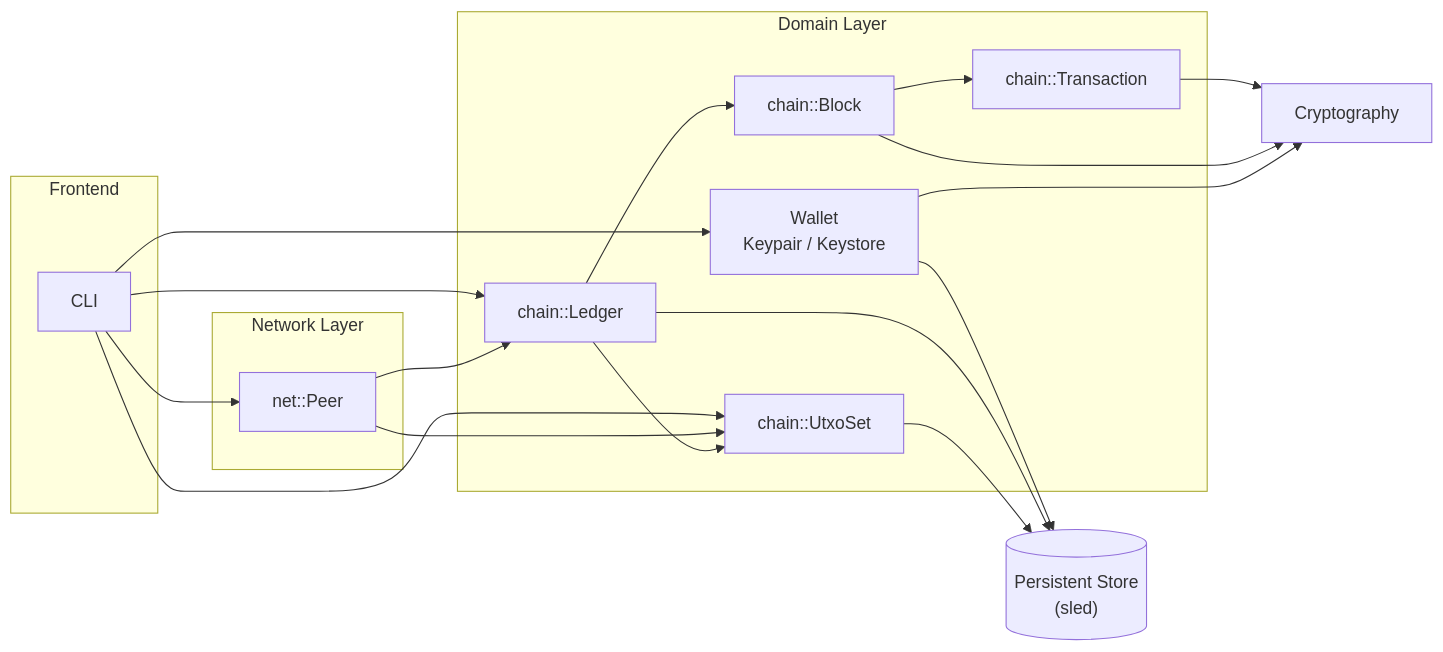
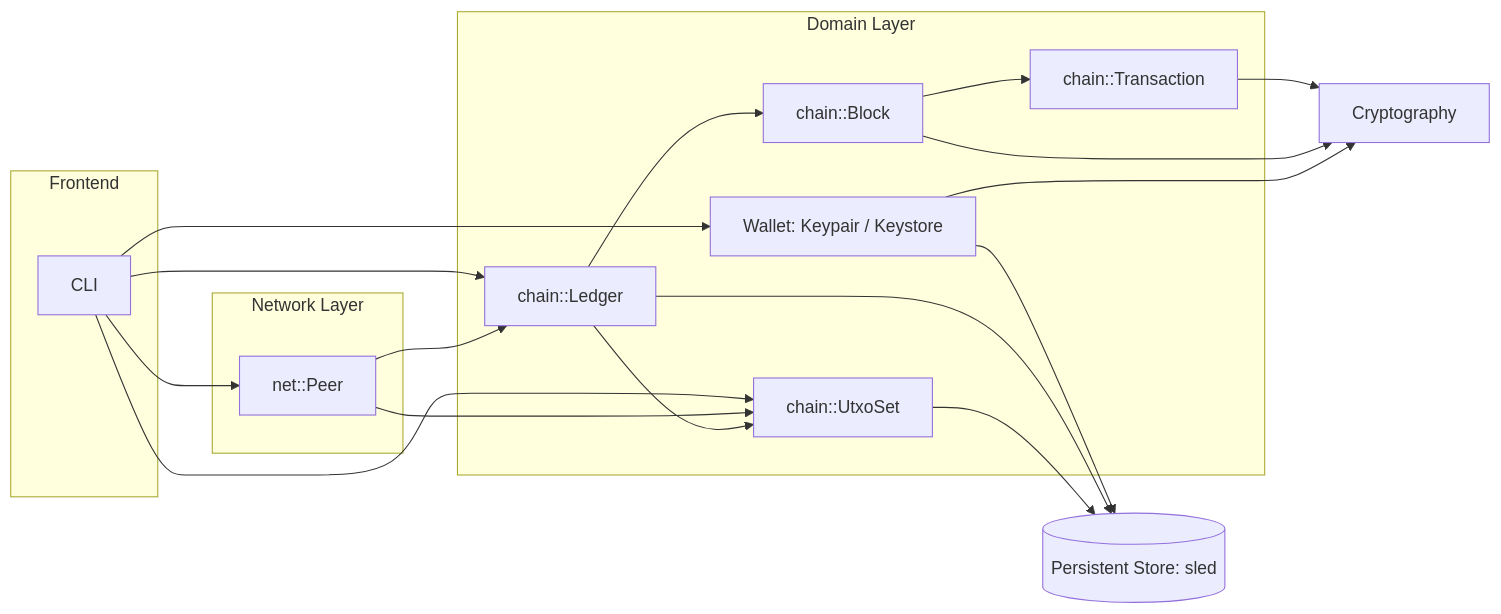
The first of 9 diagrams in README.md (walidwh21/MiniChain), drawn with Mermaid before and after one commit. The commit also changed other lines of this file, not shown here.

````diff
--- a/README.md
+++ b/README.md
@@ -25,41 +25,43 @@
 ```mermaid
+
 flowchart LR
     subgraph Front["Frontend"]
         CLI["CLI"]
     end
 
     subgraph Domain["Domain Layer"]
-        W["Wallet<br/>Keypair / Keystore"]
+        W["Wallet: Keypair / Keystore"]
         L["chain::Ledger"]
         U["chain::UtxoSet"]
         B["chain::Block"]
         T["chain::Transaction"]
     end
 
     subgraph Net["Network Layer"]
         P["net::Peer"]
     end
 
-    S[("Persistent Store<br/>(sled)")]
+    S[("Persistent Store: sled")]
     C["Cryptography"]
 
     CLI --> W
     CLI --> L
     CLI --> U
     CLI --> P
 
     P --> L
     P --> U
 
     L --> U
     L --> B
     B --> T
 
     W --> S
     L --> S
     U --> S
 
     T --> C
     B --> C
     W --> C
+
 ```
````
